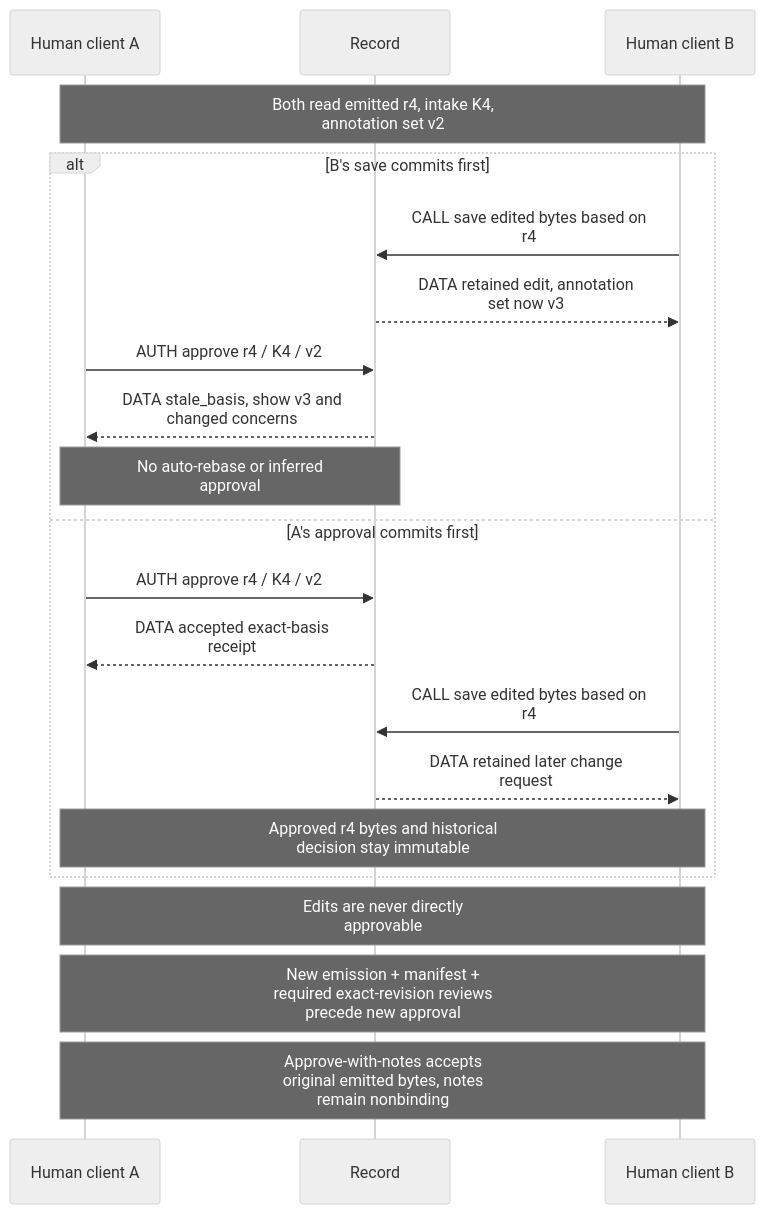
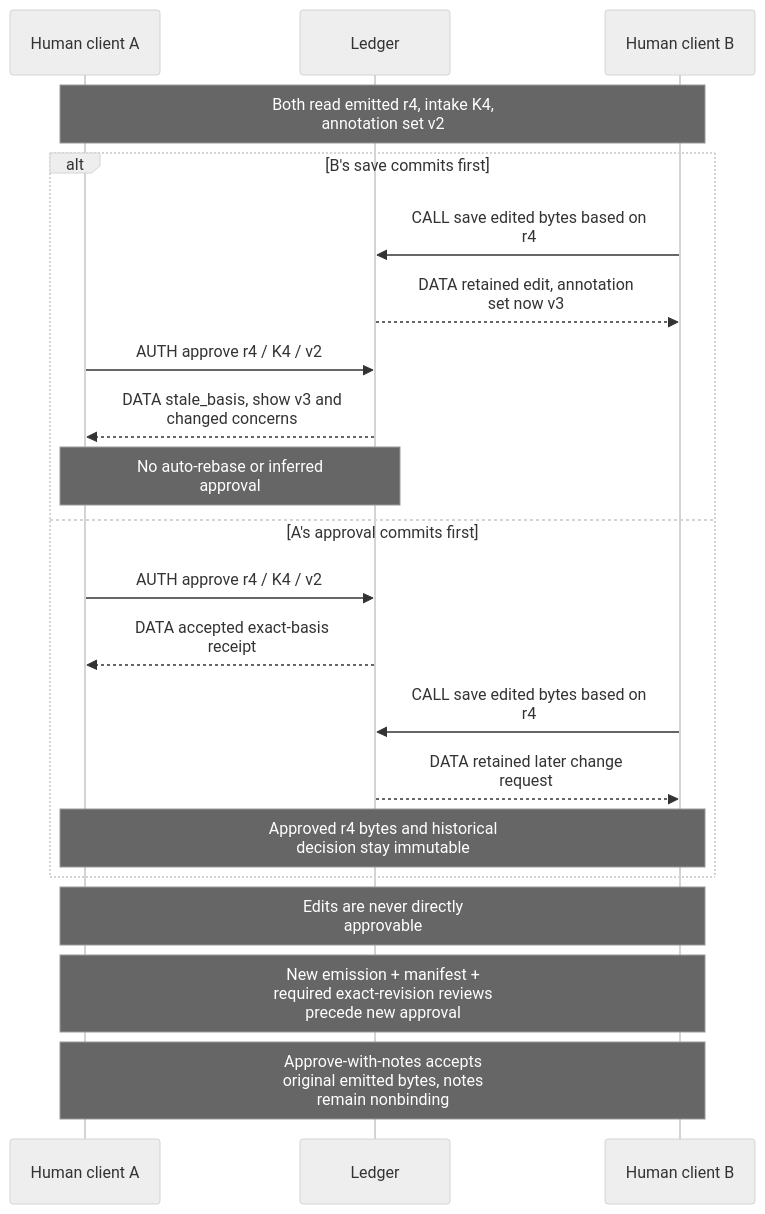
The eighth of 13 diagrams in docs/spec.md (vicrdguez/render), drawn with Mermaid (neutral theme) before and after one commit. The commit also changed other lines of this file and 1 other file, not shown here.

````diff
--- a/docs/spec.md
+++ b/docs/spec.md
@@ -656,23 +886,23 @@
 ```mermaid
 sequenceDiagram
     participant A as Human client A
-    participant R as Record
+    participant R as Ledger
     participant B as Human client B
     Note over A,B: Both read emitted r4, intake K4,<br/>annotation set v2
     alt B's save commits first
         B->>R: CALL save edited bytes based on<br/>r4
         R-->>B: DATA retained edit, annotation<br/>set now v3
         A->>R: AUTH approve r4 / K4 / v2
         R-->>A: DATA stale_basis, show v3 and<br/>changed concerns
         Note over A,R: No auto-rebase or inferred<br/>approval
     else A's approval commits first
         A->>R: AUTH approve r4 / K4 / v2
         R-->>A: DATA accepted exact-basis<br/>receipt
         B->>R: CALL save edited bytes based on<br/>r4
         R-->>B: DATA retained later change<br/>request
         Note over A,B: Approved r4 bytes and historical<br/>decision stay immutable
     end
     Note over A,B: Edits are never directly<br/>approvable
     Note over A,B: New emission + manifest +<br/>required exact-revision reviews<br/>precede new approval
     Note over A,B: Approve-with-notes accepts<br/>original emitted bytes, notes<br/>remain nonbinding
 ```
````
